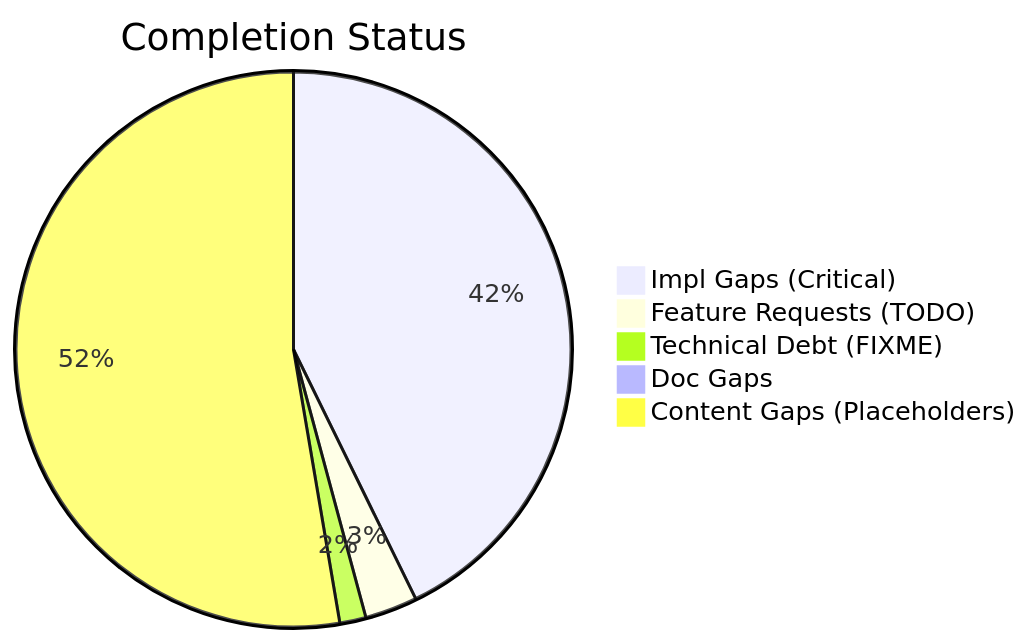
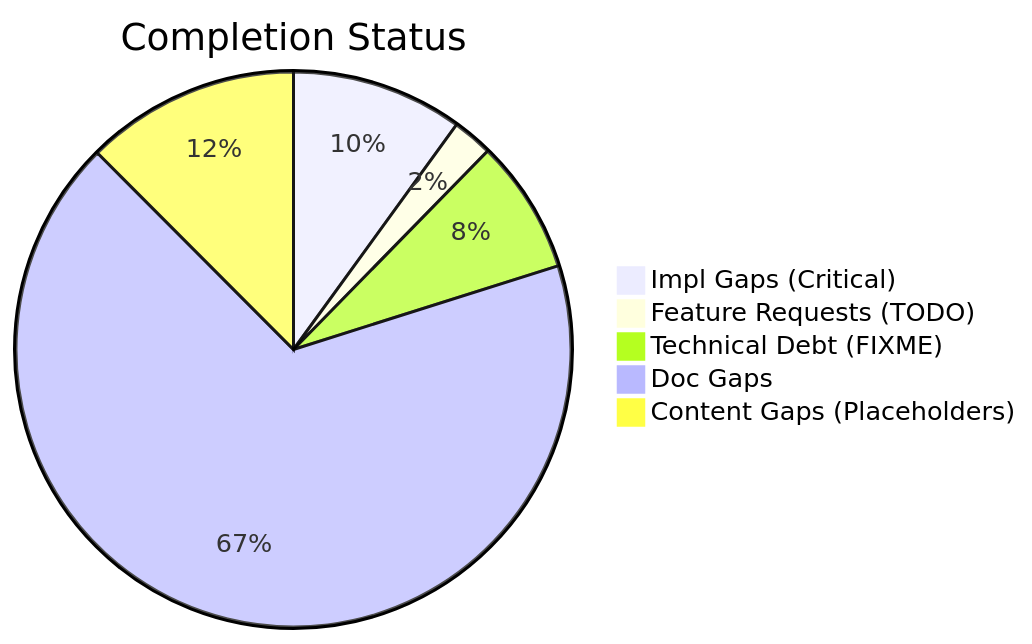
One commit to D-sorganization/AffineDrift changed the first of 2 diagrams in docs/assessments/completist/Completist_Report_2026-02-22.md. Above: the diagram before and after it, drawn with Mermaid. The commit also changed other lines of this file and 26 other files, not shown here.

````diff
--- a/docs/assessments/completist/Completist_Report_2026-02-22.md
+++ b/docs/assessments/completist/Completist_Report_2026-02-22.md
@@ -12,8 +12,8 @@
 ```mermaid
 pie title Completion Status
-    "Impl Gaps (Critical)" : 56
-    "Feature Requests (TODO)" : 4
-    "Technical Debt (FIXME)" : 2
-    "Doc Gaps" : 1
-    "Content Gaps (Placeholders)" : 69
+    "Impl Gaps (Critical)" : 64
+    "Feature Requests (TODO)" : 15
+    "Technical Debt (FIXME)" : 50
+    "Doc Gaps" : 432
+    "Content Gaps (Placeholders)" : 80
 ```
````
